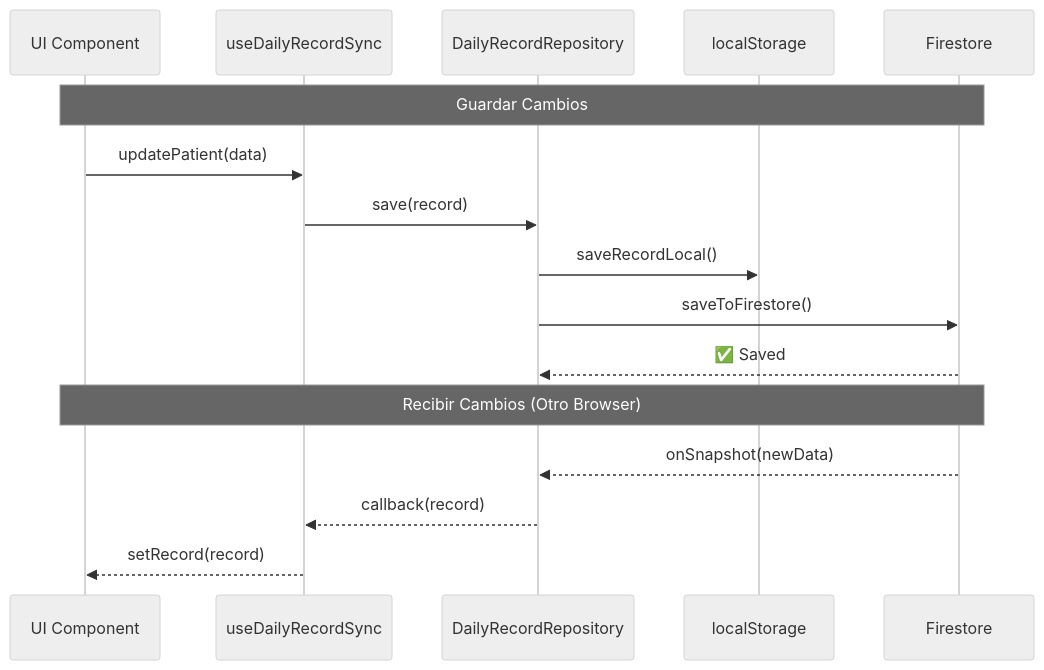
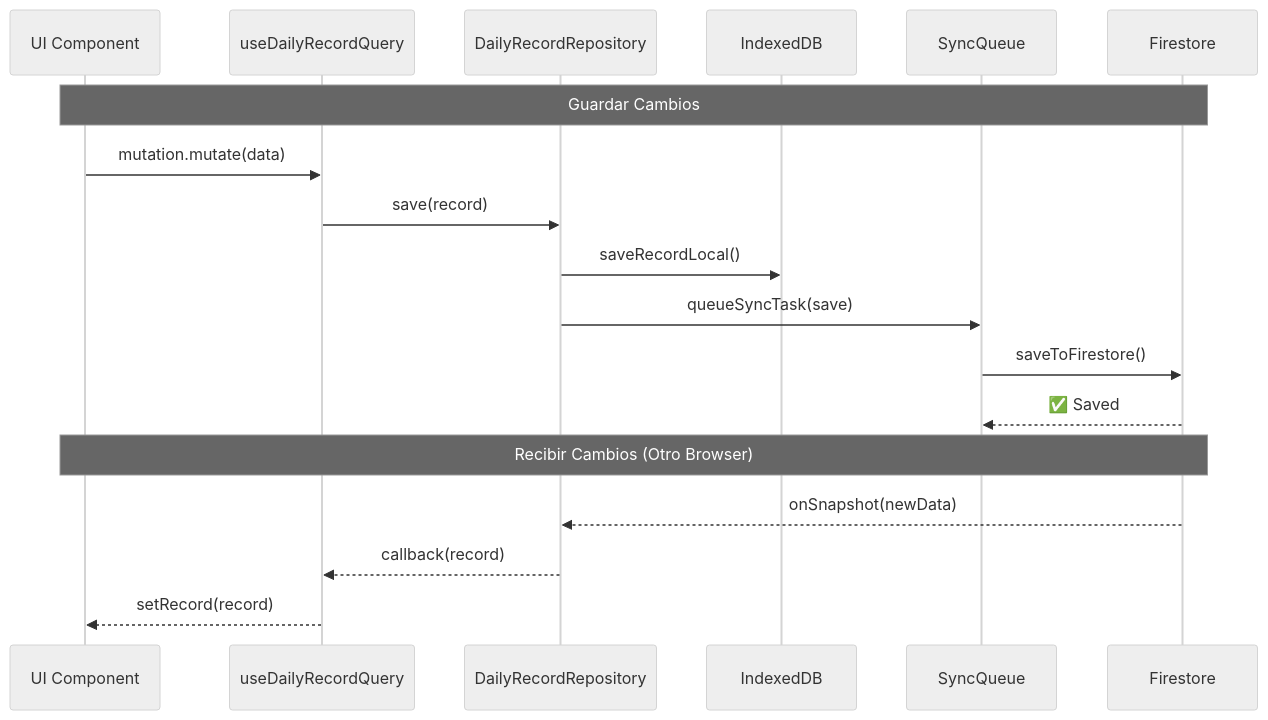
The seventh of 10 diagrams in docs/architecture.md (DanielOpazoD/HHR-entornodeprueba), drawn with Mermaid (neutral theme) before and after one commit. The commit also changed other lines of this file and 1772 other files, not shown here.

````diff
--- a/docs/architecture.md
+++ b/docs/architecture.md
@@ -65,20 +256,22 @@
 ```mermaid
 sequenceDiagram
     participant UI as UI Component
-    participant Hook as useDailyRecordSync
+    participant Hook as useDailyRecordQuery
     participant Repo as DailyRecordRepository
-    participant LS as localStorage
+    participant IDB as IndexedDB
+    participant SyncQ as SyncQueue
     participant FS as Firestore
 
     Note over UI,FS: Guardar Cambios
-    UI->>Hook: updatePatient(data)
+    UI->>Hook: mutation.mutate(data)
     Hook->>Repo: save(record)
-    Repo->>LS: saveRecordLocal()
-    Repo->>FS: saveToFirestore()
-    FS-->>Repo: ✅ Saved
+    Repo->>IDB: saveRecordLocal()
+    Repo->>SyncQ: queueSyncTask(save)
+    SyncQ->>FS: saveToFirestore()
+    FS-->>SyncQ: ✅ Saved
 
     Note over UI,FS: Recibir Cambios (Otro Browser)
     FS-->>Repo: onSnapshot(newData)
     Repo-->>Hook: callback(record)
     Hook-->>UI: setRecord(record)
 ```
````
